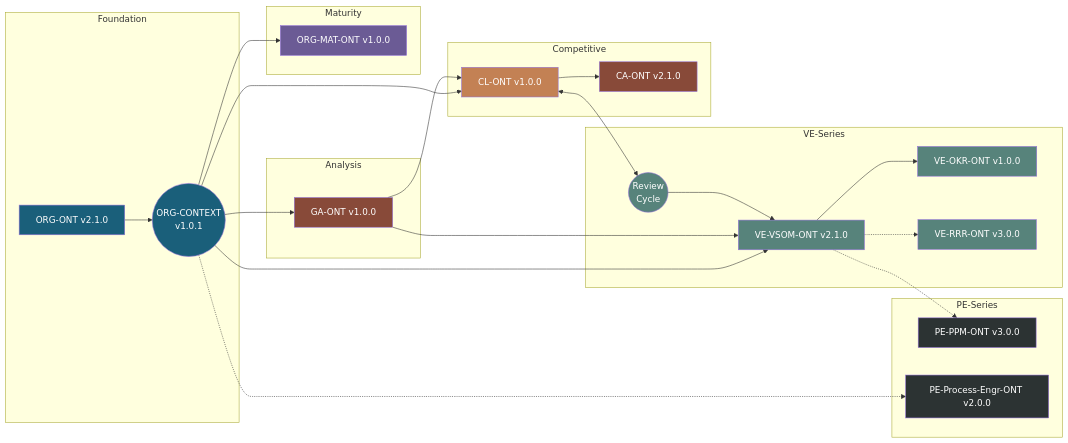
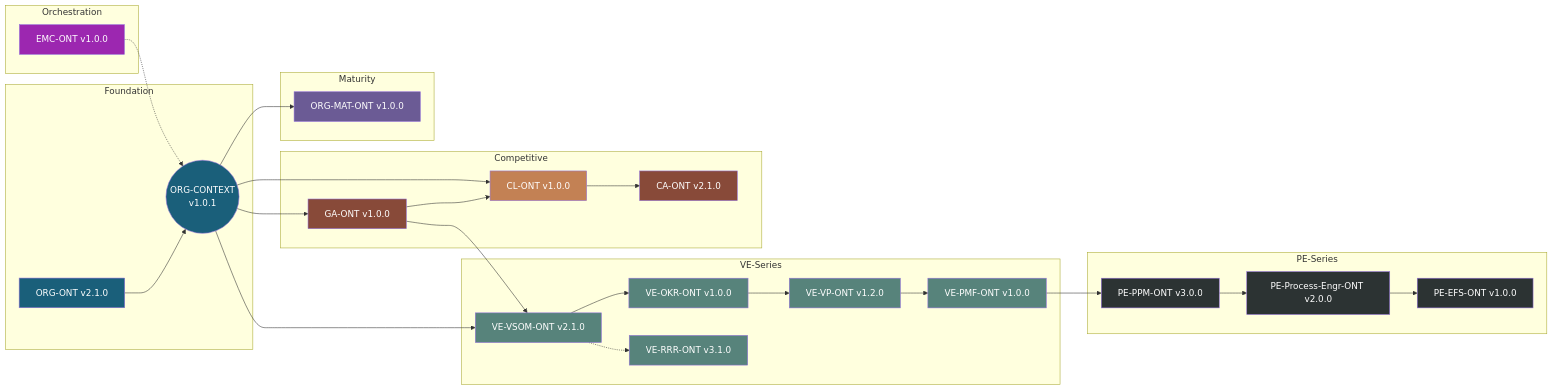
One commit to ajrmooreuk/Azlan-EA-AAA changed diagram 16 of 17 in PBS/ONTOLOGIES/ONTOLOGY-ARCHITECTURE.md. Above: the diagram before and after it, drawn with Mermaid. The commit also changed other lines of this file, not shown here.

First line of the commit message:
Update ONTOLOGY-ARCHITECTURE.md to v3.0.0 with comprehensive Mermaid diagrams

````diff
--- a/PBS/ONTOLOGIES/ONTOLOGY-ARCHITECTURE.md
+++ b/PBS/ONTOLOGIES/ONTOLOGY-ARCHITECTURE.md
@@ -302,61 +885,71 @@
 ```mermaid
 graph LR
+    subgraph "Orchestration"
+        EMC[EMC-ONT v1.0.0]
+    end
+
     subgraph "Foundation"
         ORG[ORG-ONT v2.1.0]
         CTX((ORG-CONTEXT<br/>v1.0.1))
     end
 
     subgraph "VE-Series"
         VSOM[VE-VSOM-ONT v2.1.0]
         OKR[VE-OKR-ONT v1.0.0]
-        RRR[VE-RRR-ONT v3.0.0]
-        REVIEW((Review<br/>Cycle))
+        VP[VE-VP-ONT v1.2.0]
+        RRR[VE-RRR-ONT v3.1.0]
+        PMF[VE-PMF-ONT v1.0.0]
     end
 
     subgraph "Competitive"
         CL[CL-ONT v1.0.0]
         CA[CA-ONT v2.1.0]
-    end
-
-    subgraph "Analysis"
         GA[GA-ONT v1.0.0]
     end
 
     subgraph "Maturity"
         MAT[ORG-MAT-ONT v1.0.0]
     end
 
     subgraph "PE-Series"
         PPM[PE-PPM-ONT v3.0.0]
         PE[PE-Process-Engr-ONT v2.0.0]
+        EFS[PE-EFS-ONT v1.0.0]
     end
 
+    EMC -.-> CTX
     ORG --> CTX
     CTX --> VSOM
     CTX --> CL
     CTX --> MAT
     CTX --> GA
-    CTX -.-> PE
+
+    VSOM --> OKR
+    OKR --> VP
+    VP --> PMF
+    VSOM -.-> RRR
 
     CL --> CA
     GA --> CL
     GA --> VSOM
-    CL <--> REVIEW
-    REVIEW --> VSOM
-    VSOM --> OKR
-    VSOM -.-> PPM
-    VSOM -.-> RRR
 
+    PMF --> PPM
+    PPM --> PE
+    PE --> EFS
+
+    style EMC fill:#9c27b0,color:#fff
     style ORG fill:#1a5f7a,color:#fff
     style CTX fill:#1a5f7a,color:#fff
     style VSOM fill:#57837b,color:#fff
     style OKR fill:#57837b,color:#fff
+    style VP fill:#57837b,color:#fff
     style RRR fill:#57837b,color:#fff
-    style REVIEW fill:#57837b,color:#fff
+    style PMF fill:#57837b,color:#fff
     style CL fill:#c38154,color:#fff
     style CA fill:#884a39,color:#fff
     style GA fill:#884a39,color:#fff
     style MAT fill:#6b5b95,color:#fff
     style PPM fill:#2c3333,color:#fff
     style PE fill:#2c3333,color:#fff
+    style EFS fill:#2c3333,color:#fff
 ```
````
